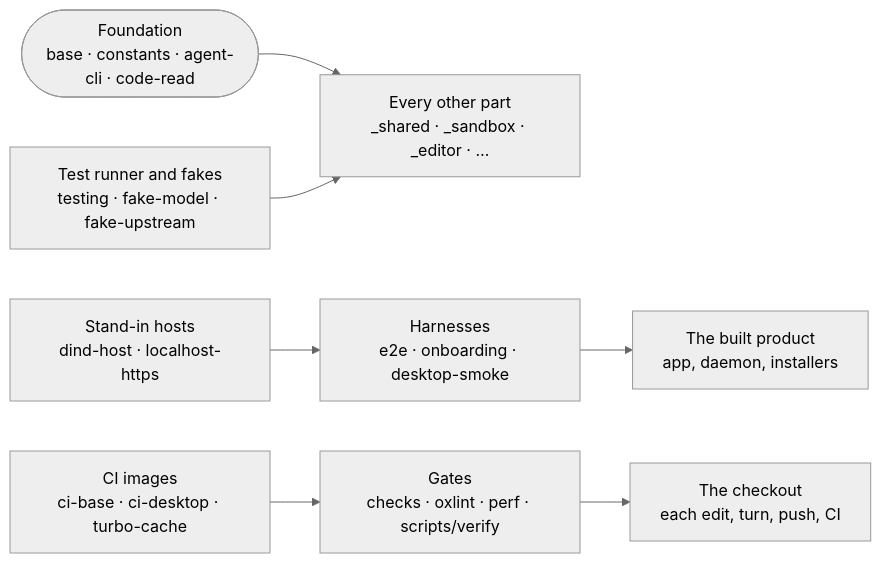
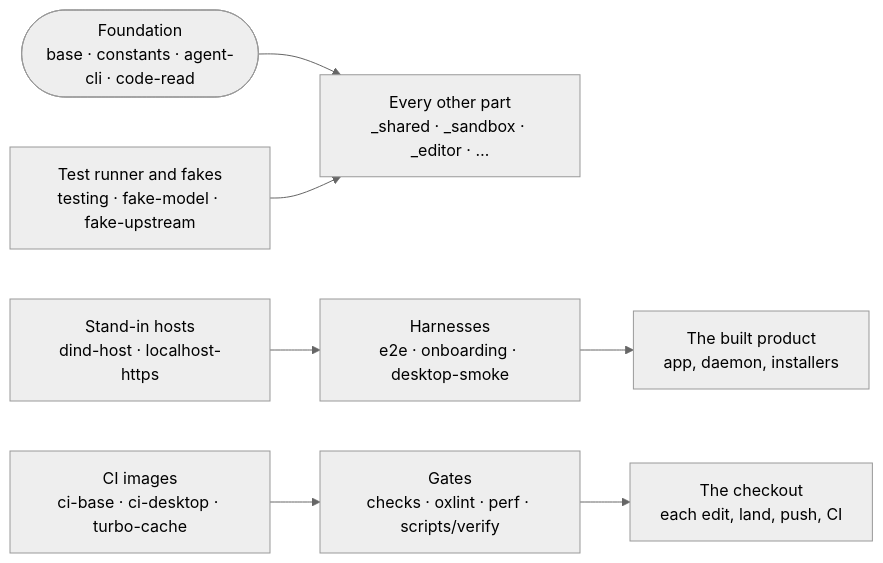
The diagram in _tools/README.md (intentic/intentic), drawn with Mermaid (neutral theme) before and after one commit. The commit also changed other lines of this file and 178 other files, not shown here.

````diff
--- a/_tools/README.md
+++ b/_tools/README.md
@@ -5,9 +5,9 @@
 ```mermaid
 flowchart LR
     foundation(["Foundation<br/>base · constants · agent-cli · code-read"]) --> parts["Every other part<br/>_shared · _sandbox · _editor · …"]
     suites["Test runner and fakes<br/>testing · fake-model · fake-upstream"] --> parts
     harnesses["Harnesses<br/>e2e · onboarding · desktop-smoke"] --> product["The built product<br/>app, daemon, installers"]
     standins["Stand-in hosts<br/>dind-host · localhost-https"] --> harnesses
-    gates["Gates<br/>checks · oxlint · perf · scripts/verify"] --> checkout["The checkout<br/>each edit, turn, push, CI"]
+    gates["Gates<br/>checks · oxlint · perf · scripts/verify"] --> checkout["The checkout<br/>each edit, land, push, CI"]
     images["CI images<br/>ci-base · ci-desktop · turbo-cache"] --> gates
 ```
````
